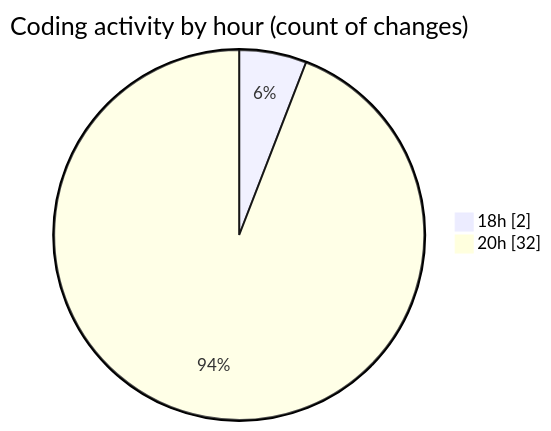
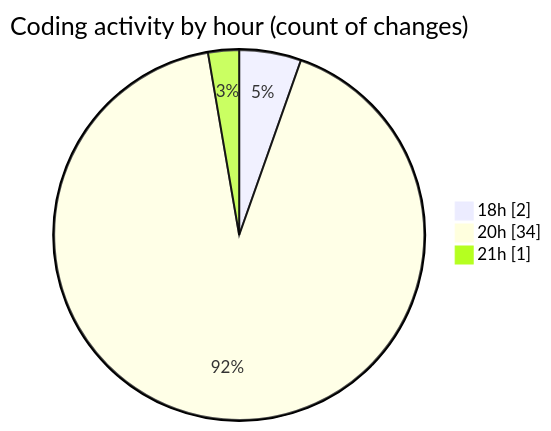
One commit to robertbonfada/code-tracking changed the second of 2 diagrams in 2025-02-26/area-formacao-web/README.md. Above: the diagram before and after it, drawn with Mermaid. The commit also changed other lines of this file and 1 other file, not shown here.

````diff
--- a/2025-02-26/area-formacao-web/README.md
+++ b/2025-02-26/area-formacao-web/README.md
@@ -42,6 +42,7 @@
 ```mermaid
 pie showData
 title Coding activity by hour (count of changes)
 "18h" : 2
-"20h" : 32
+"20h" : 34
+"21h" : 1
 ```
````
